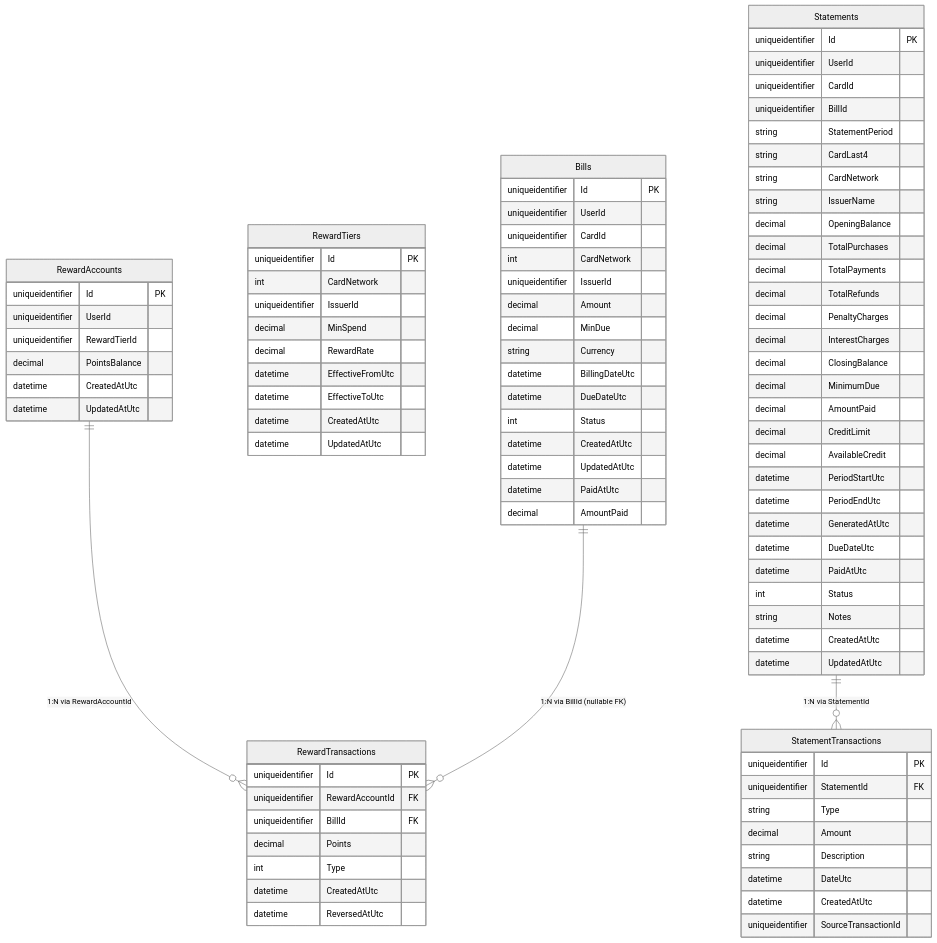
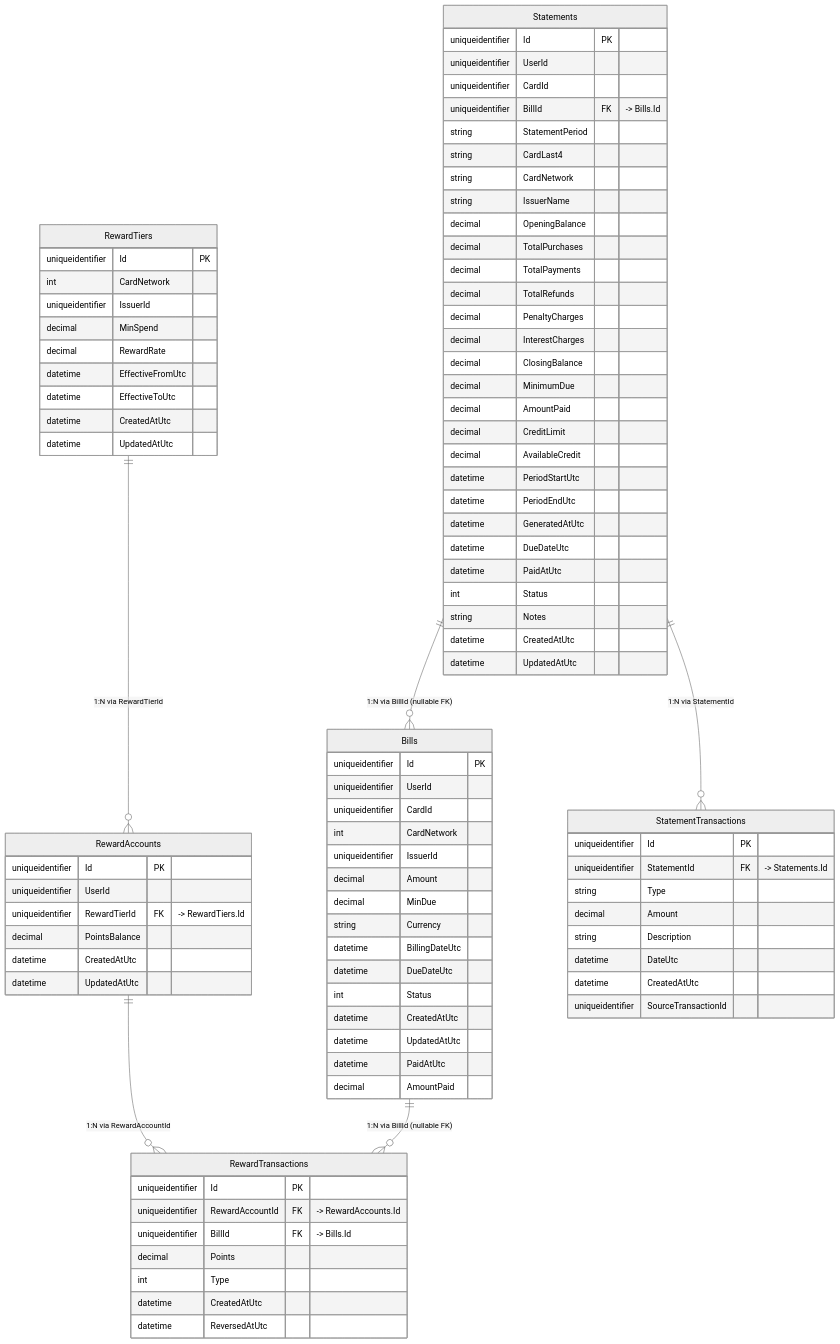
Before and after one commit to TirtharajBarma/cred-vault: the second of 6 diagrams in src/docs/DB-FOREIGN-KEY-ARCHITECTURE.md, drawn with Mermaid (neutral theme). The commit also changed other lines of this file and 26 other files, not shown here.

````diff
--- a/src/docs/DB-FOREIGN-KEY-ARCHITECTURE.md
+++ b/src/docs/DB-FOREIGN-KEY-ARCHITECTURE.md
@@ -100,7 +134,7 @@
     RewardAccounts {
         uniqueidentifier Id PK
         uniqueidentifier UserId
-        uniqueidentifier RewardTierId
+        uniqueidentifier RewardTierId FK "-> RewardTiers.Id"
         decimal PointsBalance
         datetime CreatedAtUtc
         datetime UpdatedAtUtc
@@ -108,8 +142,8 @@
 
     RewardTransactions {
         uniqueidentifier Id PK
-        uniqueidentifier RewardAccountId FK
-        uniqueidentifier BillId FK
+        uniqueidentifier RewardAccountId FK "-> RewardAccounts.Id"
+        uniqueidentifier BillId FK "-> Bills.Id"
         decimal Points
         int Type
         datetime CreatedAtUtc
@@ -120,7 +154,7 @@
         uniqueidentifier Id PK
         uniqueidentifier UserId
         uniqueidentifier CardId
-        uniqueidentifier BillId
+        uniqueidentifier BillId FK "-> Bills.Id"
         string StatementPeriod
         string CardLast4
         string CardNetwork
@@ -149,7 +183,7 @@
 
     StatementTransactions {
         uniqueidentifier Id PK
-        uniqueidentifier StatementId FK
+        uniqueidentifier StatementId FK "-> Statements.Id"
         string Type
         decimal Amount
         string Description
@@ -161,4 +195,6 @@
     RewardAccounts ||--o{ RewardTransactions : "1:N via RewardAccountId"
     Bills ||--o{ RewardTransactions : "1:N via BillId (nullable FK)"
     Statements ||--o{ StatementTransactions : "1:N via StatementId"
+    RewardTiers ||--o{ RewardAccounts : "1:N via RewardTierId"
+    Statements ||--o{ Bills : "1:N via BillId (nullable FK)"
 ```
````
